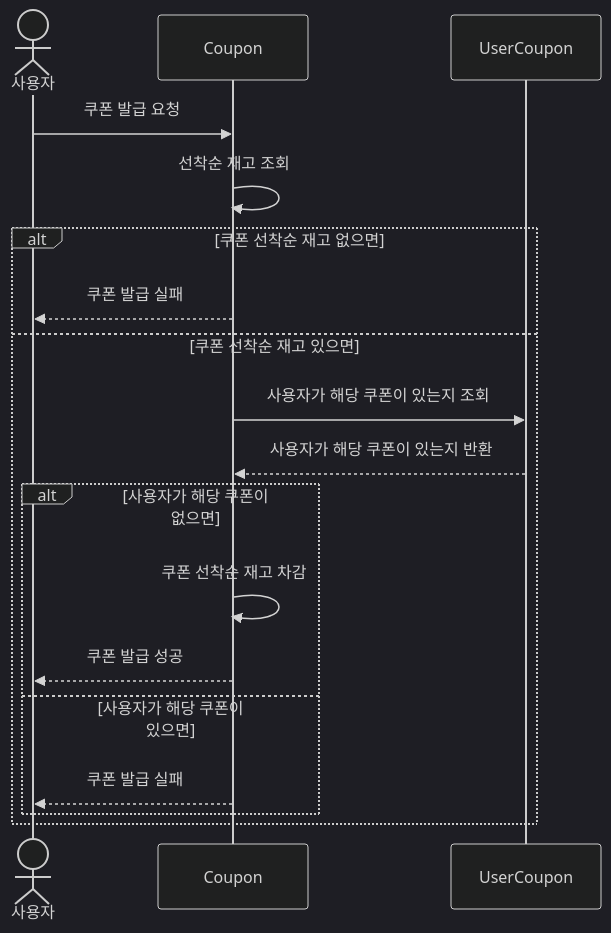
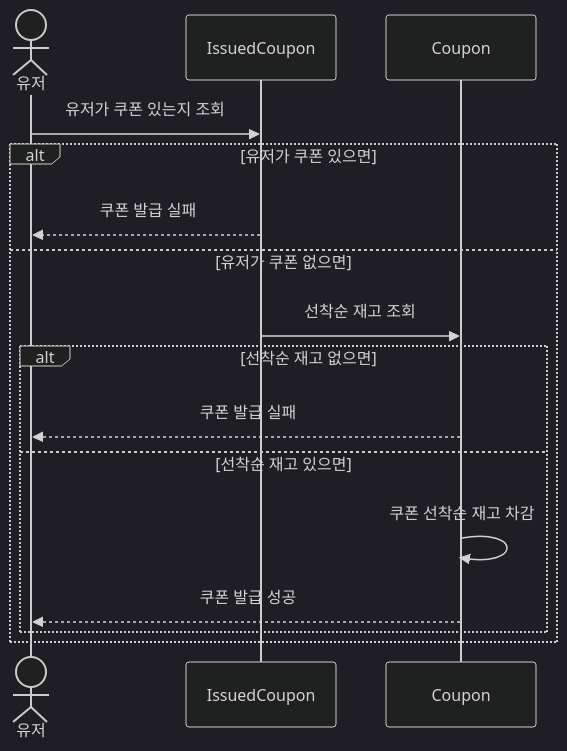
One commit to ahdrn2016/hhplus-ecommerce changed the third of 5 diagrams in docs/SequenceDiagram/SequenceDiagram.md. Above: the diagram before and after it, drawn with Mermaid (dark theme). The commit also changed other lines of this file and 1 other file, not shown here.

Commit message:
Docs: ERD, Sequence 수정

````diff
--- a/docs/SequenceDiagram/SequenceDiagram.md
+++ b/docs/SequenceDiagram/SequenceDiagram.md
@@ -37,21 +37,19 @@
 ```mermaid
 sequenceDiagram
-    actor I as 사용자
+    actor I as 유저
+    participant IssuedCoupon as IssuedCoupon
     participant Coupon as Coupon
-    participant UserCoupon as UserCoupon
 
-    I ->> Coupon : 쿠폰 발급 요청
-    Coupon ->> Coupon : 선착순 재고 조회
-    alt 쿠폰 선착순 재고 없으면
-        Coupon -->> I : 쿠폰 발급 실패
-    else 쿠폰 선착순 재고 있으면
-        Coupon ->> UserCoupon : 사용자가 해당 쿠폰이 있는지 조회
-        UserCoupon -->> Coupon : 사용자가 해당 쿠폰이 있는지 반환
-        alt 사용자가 해당 쿠폰이 없으면
+    I ->> IssuedCoupon : 유저가 쿠폰 있는지 조회
+    alt 유저가 쿠폰 있으면
+        IssuedCoupon -->> I : 쿠폰 발급 실패 
+    else 유저가 쿠폰 없으면
+        IssuedCoupon ->> Coupon : 선착순 재고 조회
+        alt 선착순 재고 없으면
+            Coupon -->> I : 쿠폰 발급 실패
+        else 선착순 재고 있으면
             Coupon ->> Coupon : 쿠폰 선착순 재고 차감
             Coupon -->> I : 쿠폰 발급 성공
-        else 사용자가 해당 쿠폰이 있으면
-            Coupon -->> I : 쿠폰 발급 실패
         end
     end
 ```
````
